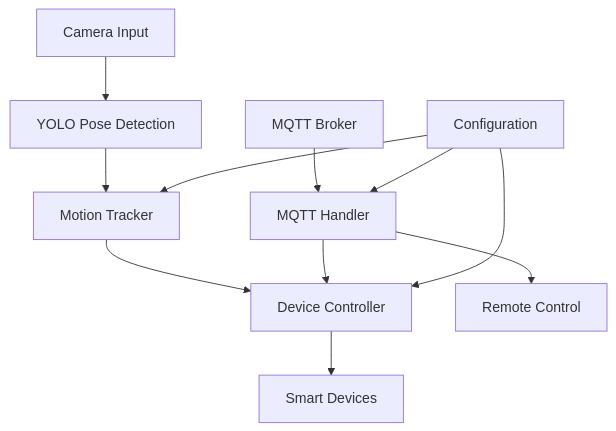
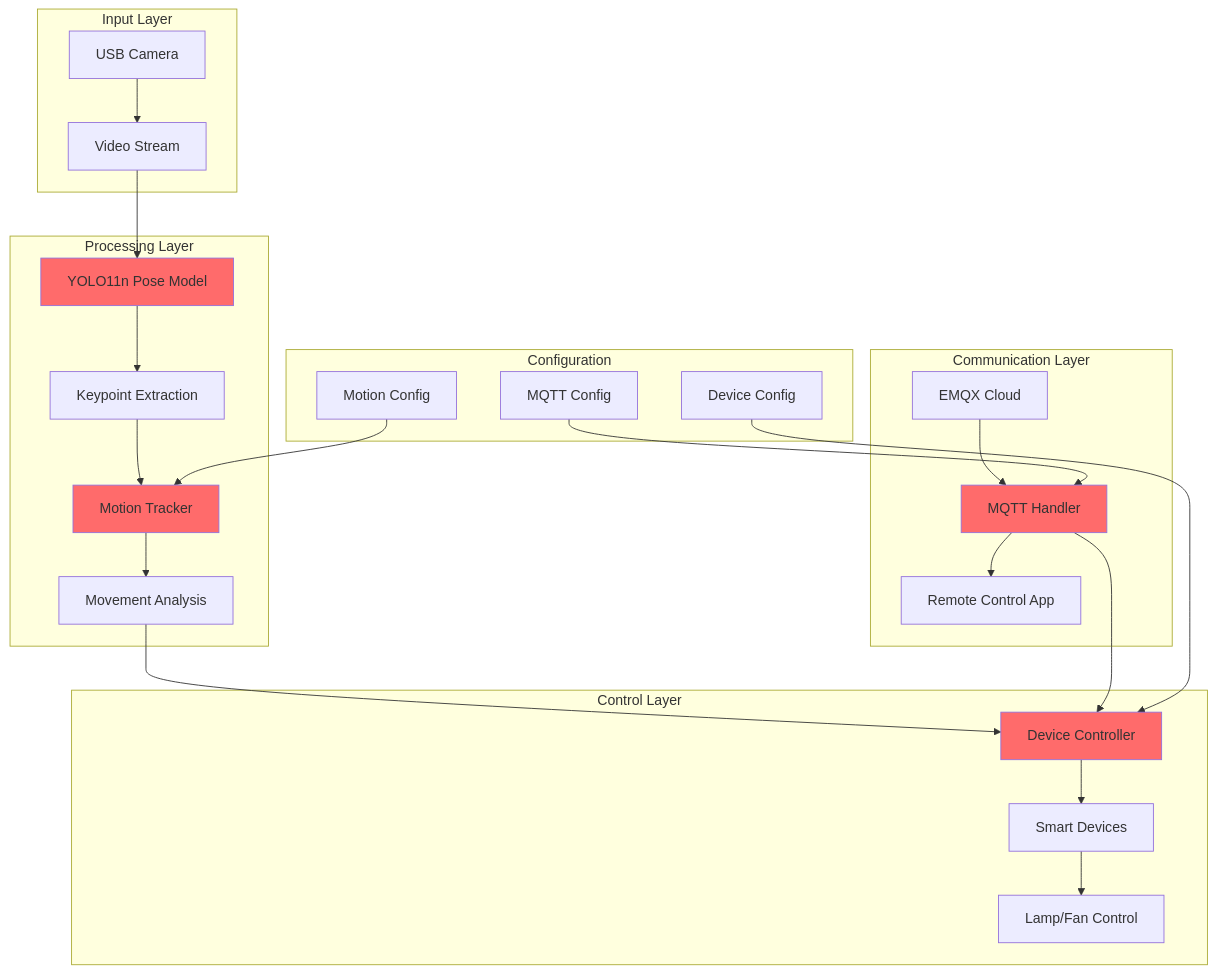
The diagram in README.md (CPS-TelU/AIoT-dmouv2025), drawn with Mermaid before and after one commit. The commit also changed other lines of this file, not shown here.

````diff
--- a/README.md
+++ b/README.md
@@ -23,15 +41,36 @@
 ```mermaid
 graph TB
-    A[Camera Input] --> B[YOLO Pose Detection]
-    B --> C[Motion Tracker]
-    C --> D[Device Controller]
-    D --> E[Smart Devices]
+    subgraph "Input Layer"
+        A[USB Camera] --> B[Video Stream]
+    end
     
-    F[MQTT Broker] --> G[MQTT Handler]
-    G --> D
-    G --> H[Remote Control]
+    subgraph "Processing Layer"
+        B --> C[YOLO11n Pose Model]
+        C --> D[Keypoint Extraction]
+        D --> E[Motion Tracker]
+        E --> F[Movement Analysis]
+    end
     
-    I[Configuration] --> C
-    I --> D
-    I --> G
+    subgraph "Control Layer"
+        F --> G[Device Controller]
+        G --> H[Smart Devices]
+        H --> I[Lamp/Fan Control]
+    end
+    
+    subgraph "Communication Layer"
+        J[EMQX Cloud] --> K[MQTT Handler]
+        K --> G
+        K --> L[Remote Control App]
+    end
+    
+    subgraph "Configuration"
+        M[Motion Config] --> E
+        N[Device Config] --> G
+        O[MQTT Config] --> K
+    end
+    
+    style C fill:#ff6b6b
+    style E fill:#ff6b6b
+    style G fill:#ff6b6b
+    style K fill:#ff6b6b
 ```
````
